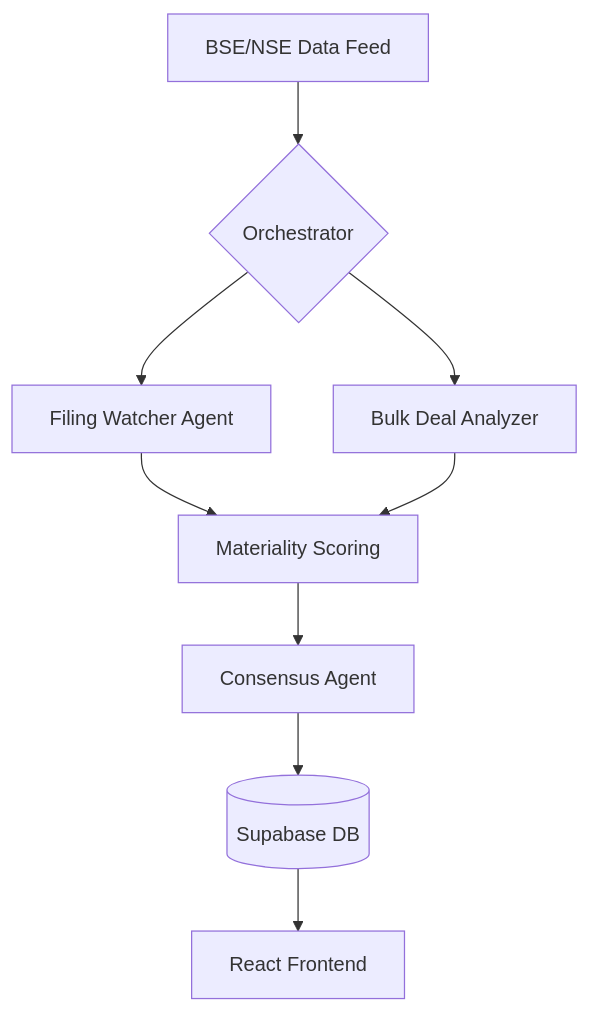
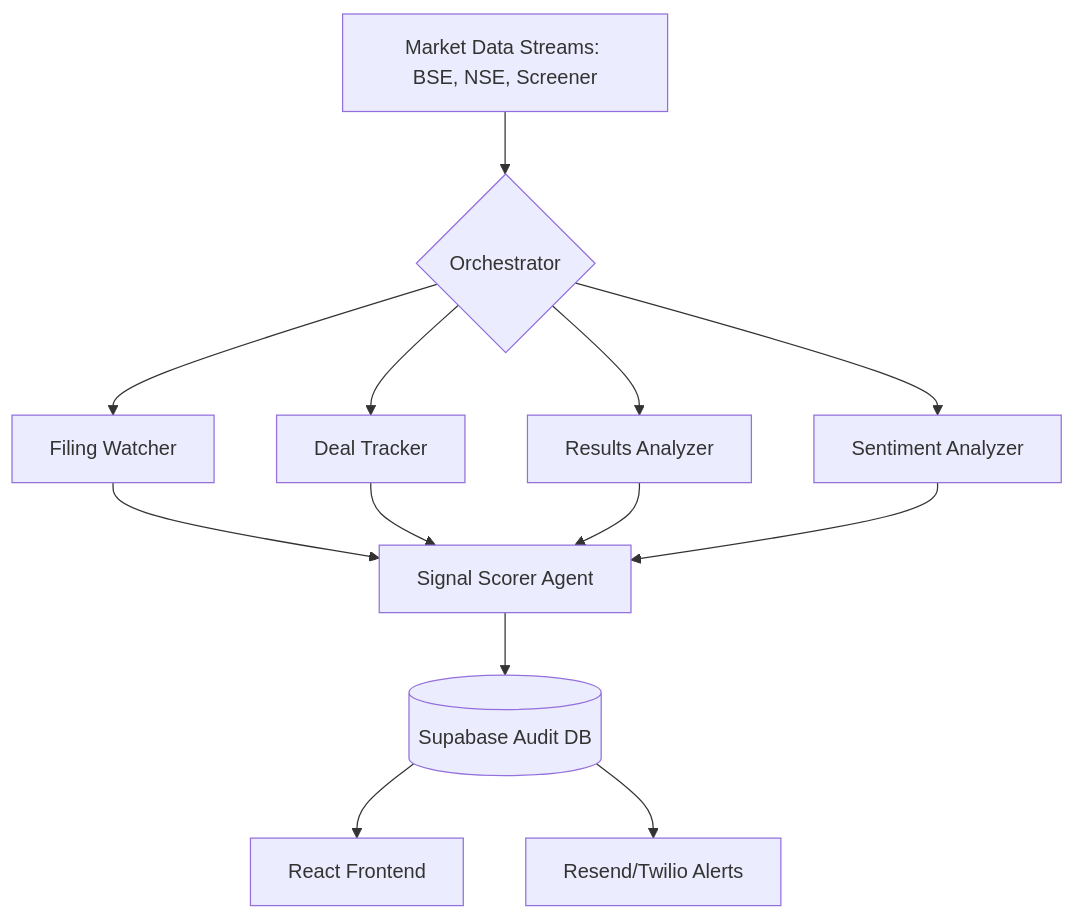
One commit to tasneem38/opportunity-radar changed the diagram in README.md. Above: the diagram before and after it, drawn with Mermaid. The commit also changed other lines of this file, not shown here.

````diff
--- a/README.md
+++ b/README.md
@@ -31,11 +37,12 @@
 ```mermaid
 graph TD
-    A[BSE/NSE Data Feed] --> B{Orchestrator}
-    B --> C[Filing Watcher Agent]
-    B --> D[Bulk Deal Analyzer]
-    C --> E[Materiality Scoring]
-    D --> E
-    E --> F[Consensus Agent]
-    F --> G[(Supabase DB)]
-    G --> H[React Frontend]
+    Data[Market Data Streams: BSE, NSE, Screener] --> Orch{Orchestrator}
+    Orch --> A[Filing Watcher]
+    Orch --> B[Deal Tracker]
+    Orch --> C[Results Analyzer]
+    Orch --> D[Sentiment Analyzer]
+    A & B & C & D --> E[Signal Scorer Agent]
+    E --> DB[(Supabase Audit DB)]
+    DB --> UI[React Frontend]
+    DB --> Notify[Resend/Twilio Alerts]
 ```
````
